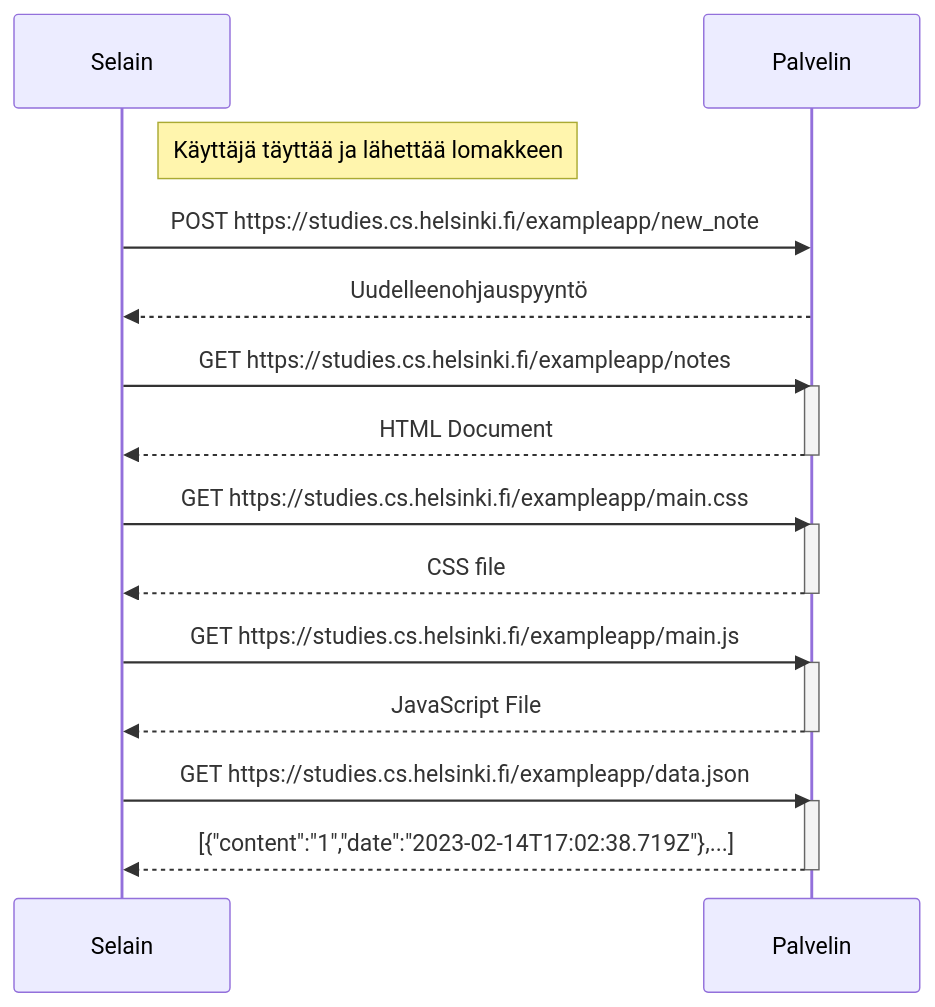
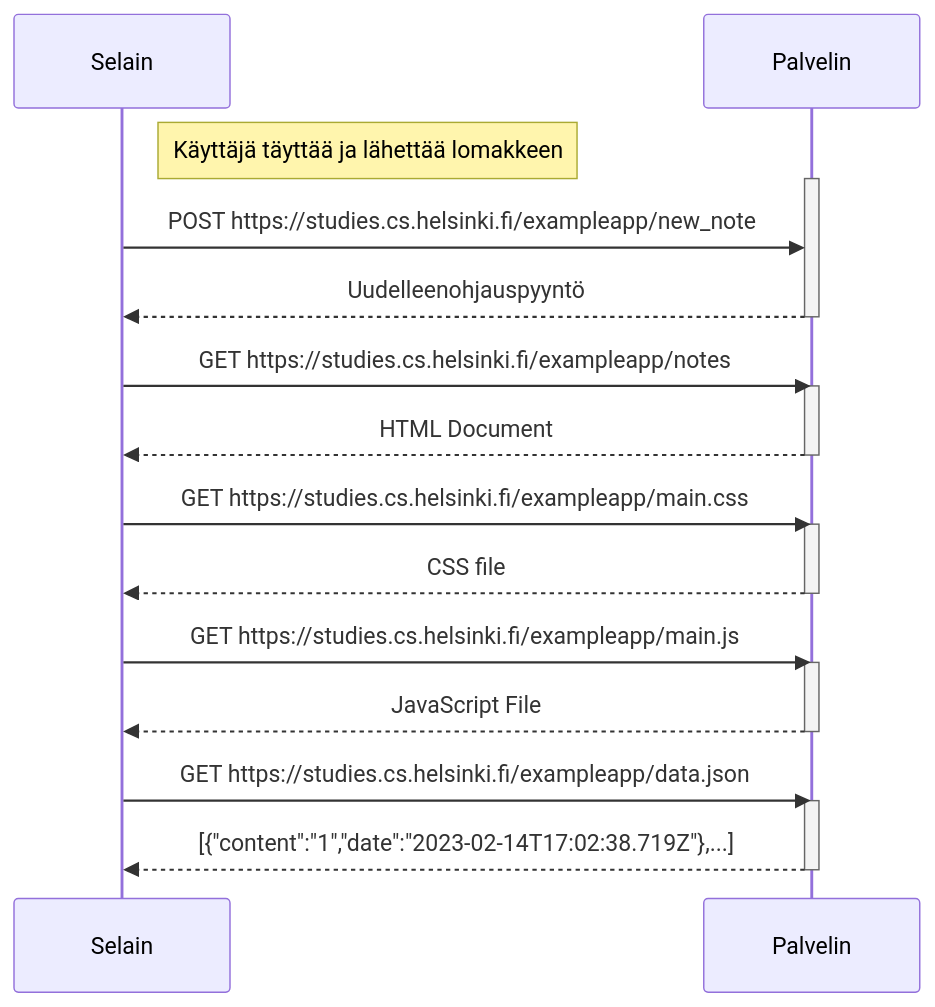
One commit to TeekkariTeemu/fullstack changed the diagram in Osa0/04.md. Above: the diagram before and after it, drawn with Mermaid.

````diff
--- a/Osa0/04.md
+++ b/Osa0/04.md
@@ -1,24 +1,26 @@
 ```mermaid
 sequenceDiagram
     participant Selain
     participant Palvelin
     Note right of Selain: Käyttäjä täyttää ja lähettää lomakkeen 
+    activate Palvelin
     Selain->>Palvelin: POST https://studies.cs.helsinki.fi/exampleapp/new_note
     Palvelin-->>Selain: Uudelleenohjauspyyntö
+    deactivate Palvelin
     Selain->>Palvelin: GET https://studies.cs.helsinki.fi/exampleapp/notes
     activate Palvelin
     Palvelin-->>Selain: HTML Document
     deactivate Palvelin
     Selain->>Palvelin: GET https://studies.cs.helsinki.fi/exampleapp/main.css
     activate Palvelin
     Palvelin-->>Selain: CSS file
     deactivate Palvelin
     Selain->>Palvelin: GET https://studies.cs.helsinki.fi/exampleapp/main.js
     activate Palvelin
     Palvelin-->>Selain: JavaScript File
     deactivate Palvelin
     Selain->>Palvelin: GET https://studies.cs.helsinki.fi/exampleapp/data.json
     activate Palvelin
     Palvelin-->>Selain: [{"content":"1","date":"2023-02-14T17:02:38.719Z"},...]
     deactivate Palvelin
 ```
````
